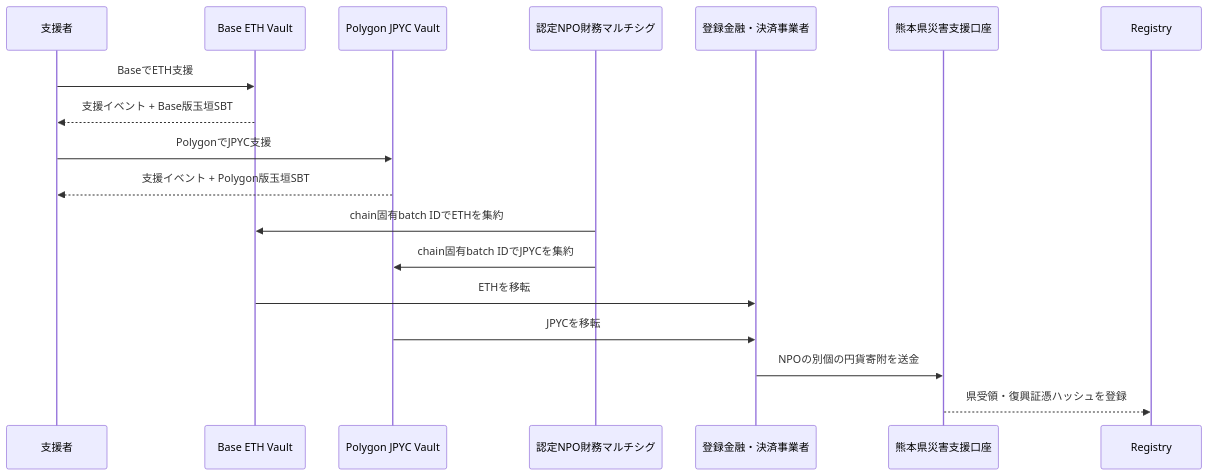
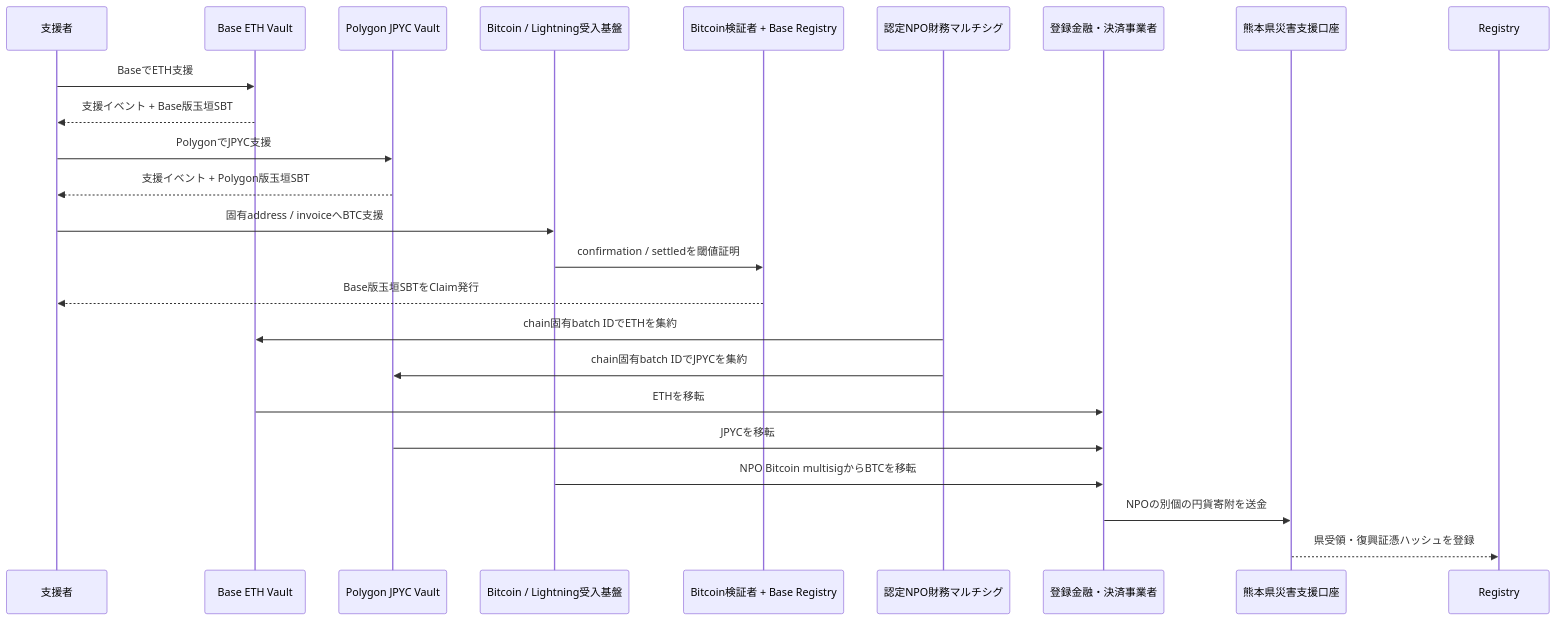
Before and after one commit to ShigeichiroYamasaki/yui-no-kaki-kumamoto: the diagram in docs/fund-flow.md, drawn with Mermaid. The commit also changed other lines of this file and 26 other files, not shown here.

````diff
--- a/docs/fund-flow.md
+++ b/docs/fund-flow.md
@@ -11,20 +11,26 @@
 ```mermaid
 sequenceDiagram
   participant S as 支援者
   participant BV as Base ETH Vault
   participant PV as Polygon JPYC Vault
+  participant BTC as Bitcoin / Lightning受入基盤
+  participant BR as Bitcoin検証者 + Base Registry
   participant O as 認定NPO財務マルチシグ
   participant E as 登録金融・決済事業者
   participant K as 熊本県災害支援口座
   participant R as Registry
   S->>BV: BaseでETH支援
   BV-->>S: 支援イベント + Base版玉垣SBT
   S->>PV: PolygonでJPYC支援
   PV-->>S: 支援イベント + Polygon版玉垣SBT
+  S->>BTC: 固有address / invoiceへBTC支援
+  BTC->>BR: confirmation / settledを閾値証明
+  BR-->>S: Base版玉垣SBTをClaim発行
   O->>BV: chain固有batch IDでETHを集約
   O->>PV: chain固有batch IDでJPYCを集約
   BV->>E: ETHを移転
   PV->>E: JPYCを移転
+  BTC->>E: NPO Bitcoin multisigからBTCを移転
   E->>K: NPOの別個の円貨寄附を送金
   K-->>R: 県受領・復興証憑ハッシュを登録
 ```
````
